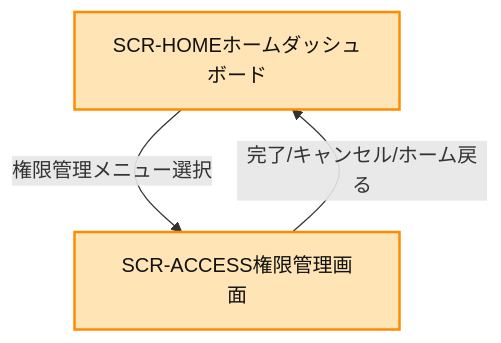
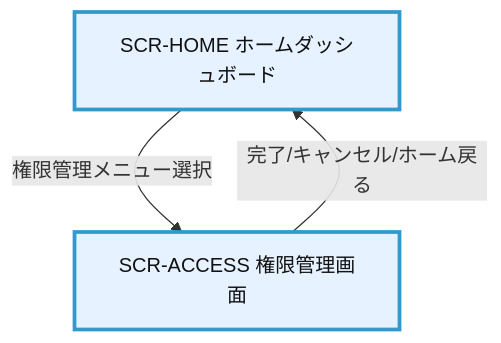
The seventh of 7 diagrams in 要件定義.md (sas-dx/skill-report-web), drawn with Mermaid before and after one commit. The commit also changed other lines of this file, not shown here.

````diff
--- a/要件定義.md
+++ b/要件定義.md
@@ -951,10 +972,8 @@
 ```mermaid
 flowchart TD
-    SCR-HOME["SCR-HOMEホームダッシュボード"]:::prio_high
-    SCR-ACCESS["SCR-ACCESS権限管理画面"]:::prio_high
-
+    SCR-HOME["SCR-HOME ホームダッシュボード"]:::screen
+    SCR-ACCESS["SCR-ACCESS 権限管理画面"]:::screen
     SCR-HOME -- 権限管理メニュー選択 --> SCR-ACCESS
     SCR-ACCESS -- 完了/キャンセル/ホーム戻る --> SCR-HOME
-
-    classDef prio_high fill:#ffe4b5,stroke:#ff8c00,stroke-width:2px,color:#111;
+    classDef screen fill:#e6f2ff,stroke:#3399cc,stroke-width:3px,color:#111;
 ```
````
